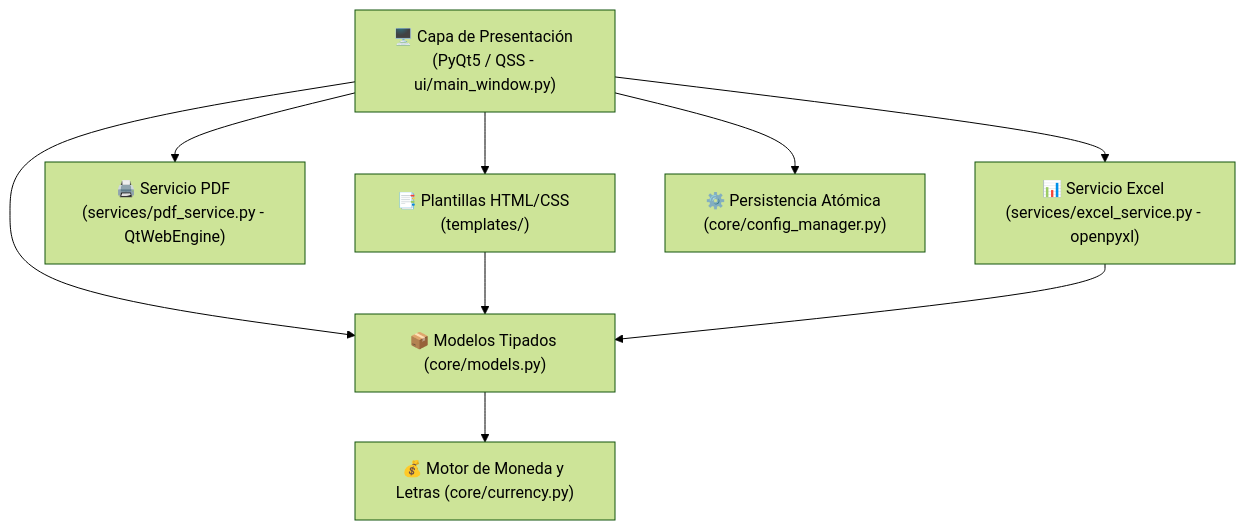
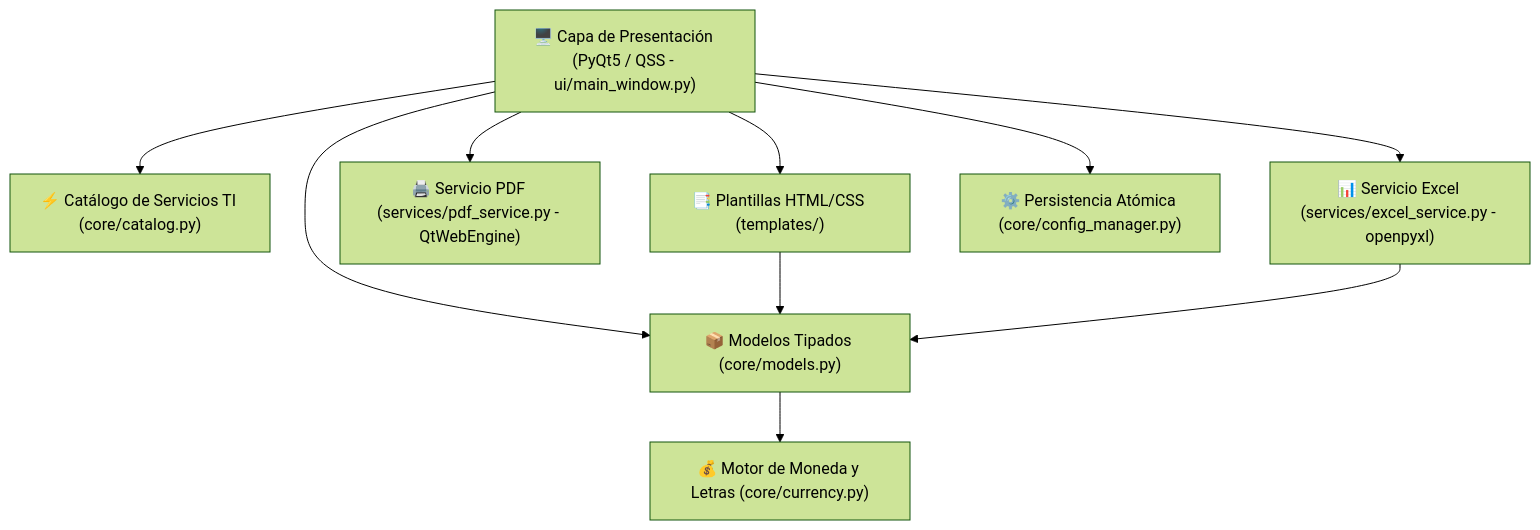
Before and after one commit to OwenBadel/Cotizaciones_Generator: the diagram in README.md, drawn with Mermaid (forest theme). The commit also changed other lines of this file and 7 other files, not shown here.

Commit message:
feat(comercial): incorporar catálogo de servicios TI, descuentos, IVA, retenciones y vista previa en navegador

````diff
--- a/README.md
+++ b/README.md
@@ -22,19 +24,21 @@
 ```mermaid
 graph TD
     UI["🖥️ Capa de Presentación (PyQt5 / QSS - ui/main_window.py)"]
+    Catalog["⚡ Catálogo de Servicios TI (core/catalog.py)"]
     Models["📦 Modelos Tipados (core/models.py)"]
     Currency["💰 Motor de Moneda y Letras (core/currency.py)"]
     Templates["📑 Plantillas HTML/CSS (templates/)"]
     PDF["🖨️ Servicio PDF (services/pdf_service.py - QtWebEngine)"]
     Excel["📊 Servicio Excel (services/excel_service.py - openpyxl)"]
     Config["⚙️ Persistencia Atómica (core/config_manager.py)"]
 
+    UI --> Catalog
     UI --> Models
     UI --> Templates
     UI --> PDF
     UI --> Excel
     UI --> Config
     Models --> Currency
     Templates --> Models
     Excel --> Models
 ```
````
